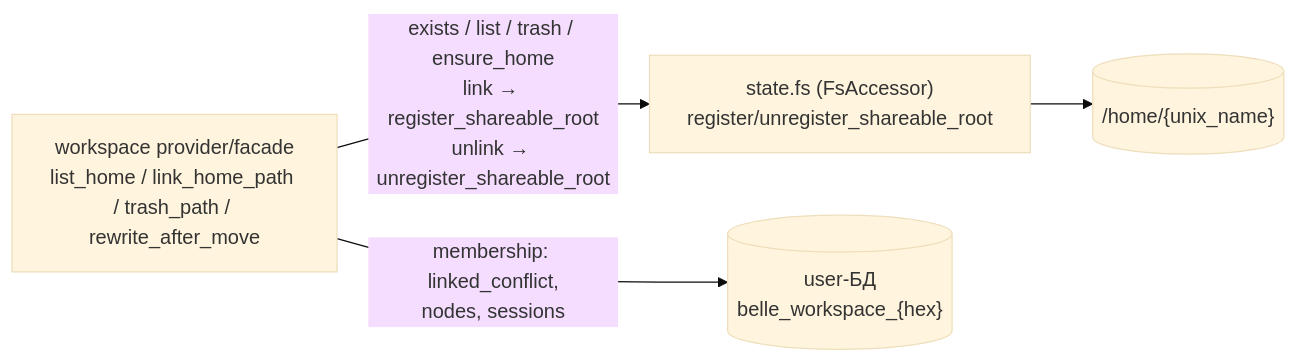
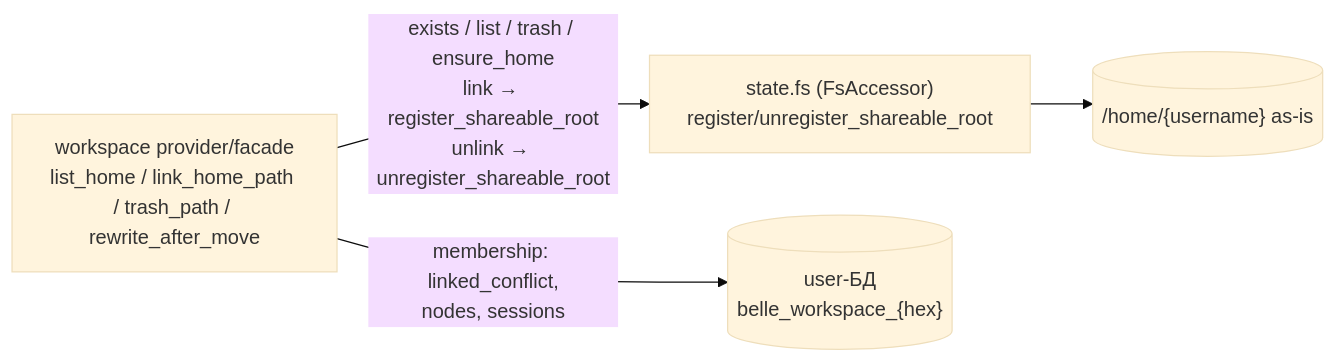
Before and after one commit to Dek1m/albedo: the third of 3 diagrams in docs/ADR-002-fs-module.md, drawn with Mermaid (base theme). The commit also changed other lines of this file, not shown here.

Commit message:
docs: ADR revision 6 — unix uid binding, username as-is (closes pending)

````diff
--- a/docs/ADR-002-fs-module.md
+++ b/docs/ADR-002-fs-module.md
@@ -830,10 +911,10 @@
 ```mermaid
 flowchart LR
   WP["workspace provider/facade<br/>list_home / link_home_path / trash_path / rewrite_after_move"]
   FS["state.fs (FsAccessor)<br/>register/unregister_shareable_root"]
-  H[("/home/{unix_name}")]
+  H[("/home/{username} as-is")]
 
   WP -->|"exists / list / trash / ensure_home<br/>link → register_shareable_root<br/>unlink → unregister_shareable_root"| FS
   FS --> H
   WP -->|"membership: linked_conflict,<br/>nodes, sessions"| UDB[("user-БД<br/>belle_workspace_{hex}")]
 ```
````
